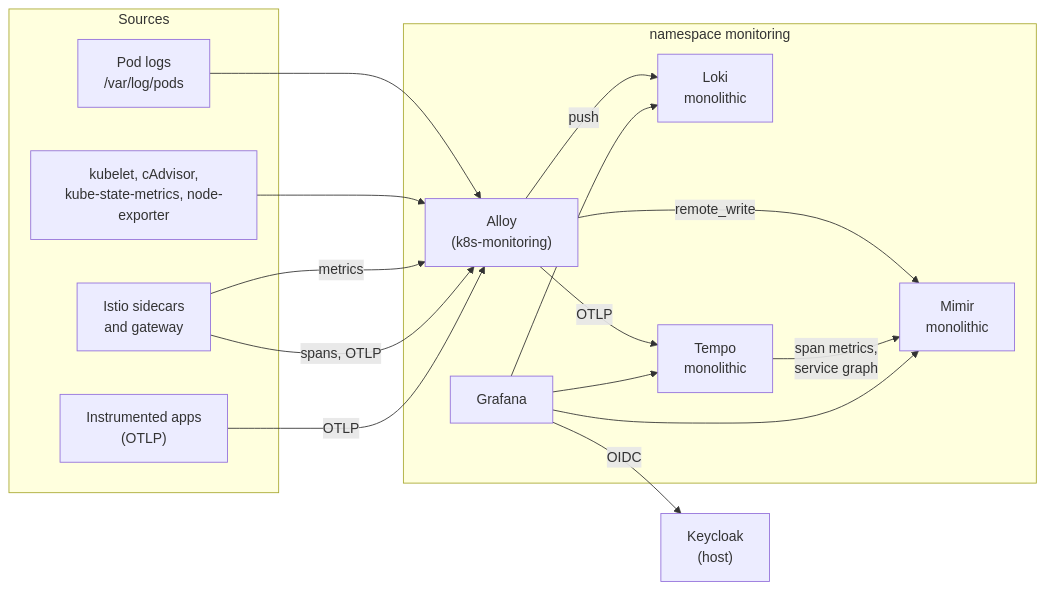
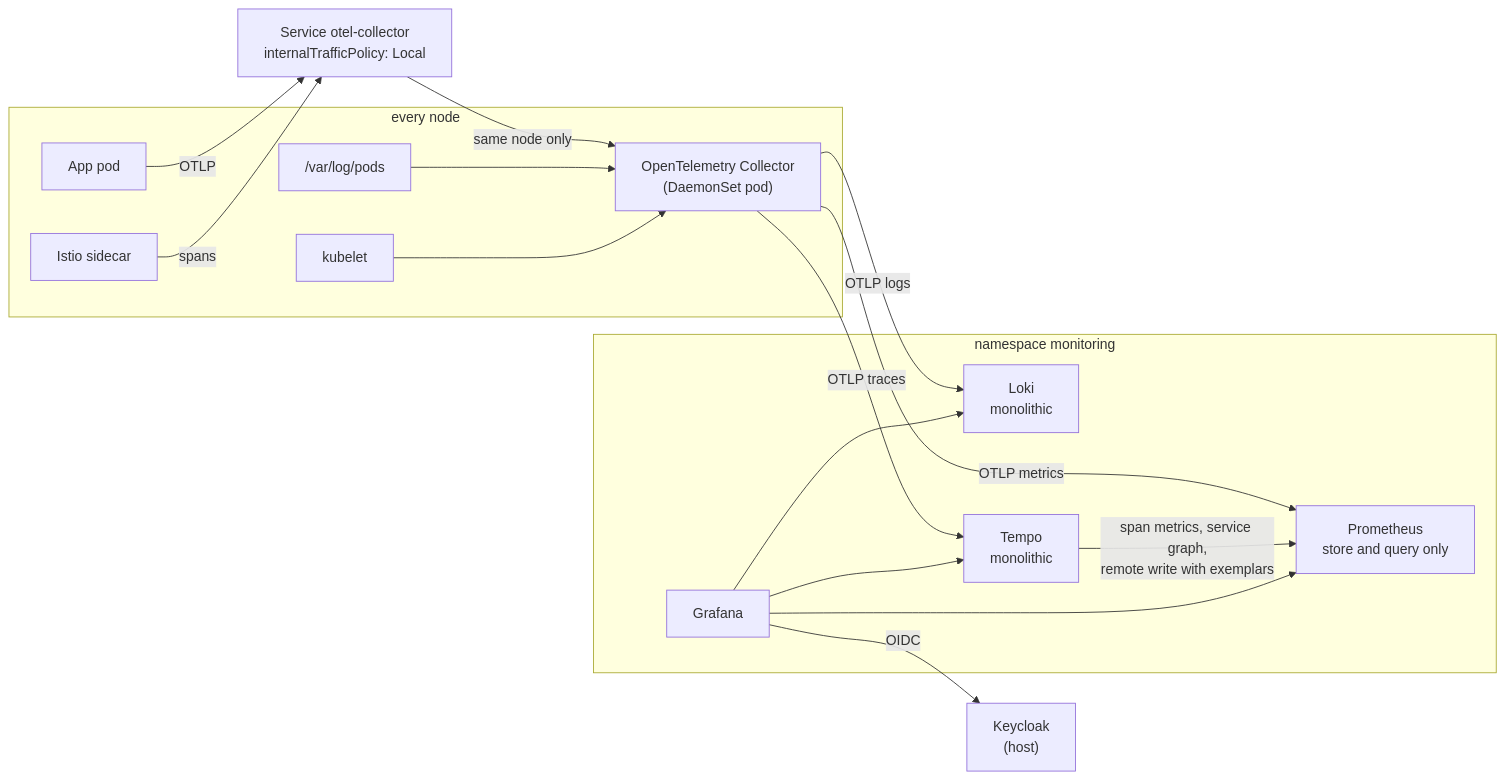
The diagram in update-setup-05.md (leopold2410/devcluster), drawn with Mermaid before and after one commit. The commit also changed other lines of this file, not shown here.

First line of the commit message:
update-setup-05: Prometheus and the OpenTelemetry Collector (revision 3)

````diff
--- a/update-setup-05.md
+++ b/update-setup-05.md
@@ -73,29 +110,30 @@
 ```mermaid
 flowchart LR
-    subgraph sources["Sources"]
-        pods["Pod logs<br/>/var/log/pods"]
-        k8s["kubelet, cAdvisor,<br/>kube-state-metrics, node-exporter"]
-        mesh["Istio sidecars<br/>and gateway"]
-        apps["Instrumented apps<br/>(OTLP)"]
+    subgraph node["every node"]
+        app["App pod"]
+        side["Istio sidecar"]
+        logs["/var/log/pods"]
+        kubelet["kubelet"]
+        otel["OpenTelemetry Collector<br/>(DaemonSet pod)"]
     end
+    svc["Service otel-collector<br/>internalTrafficPolicy: Local"]
     subgraph mon["namespace monitoring"]
-        alloy["Alloy<br/>(k8s-monitoring)"]
+        prom["Prometheus<br/>store and query only"]
         loki["Loki<br/>monolithic"]
-        mimir["Mimir<br/>monolithic"]
         tempo["Tempo<br/>monolithic"]
         grafana["Grafana"]
     end
     kc["Keycloak<br/>(host)"]
 
-    pods --> alloy
-    k8s --> alloy
-    mesh -->|"metrics"| alloy
-    mesh -->|"spans, OTLP"| alloy
-    apps -->|"OTLP"| alloy
-    alloy -->|"push"| loki
-    alloy -->|"remote_write"| mimir
-    alloy -->|"OTLP"| tempo
-    tempo -->|"span metrics,<br/>service graph"| mimir
-    grafana --> loki & mimir & tempo
+    app -->|"OTLP"| svc
+    side -->|"spans"| svc
+    svc -->|"same node only"| otel
+    logs --> otel
+    kubelet --> otel
+    otel -->|"OTLP metrics"| prom
+    otel -->|"OTLP logs"| loki
+    otel -->|"OTLP traces"| tempo
+    tempo -->|"span metrics, service graph,<br/>remote write with exemplars"| prom
+    grafana --> prom & loki & tempo
     grafana -->|"OIDC"| kc
 ```
````
